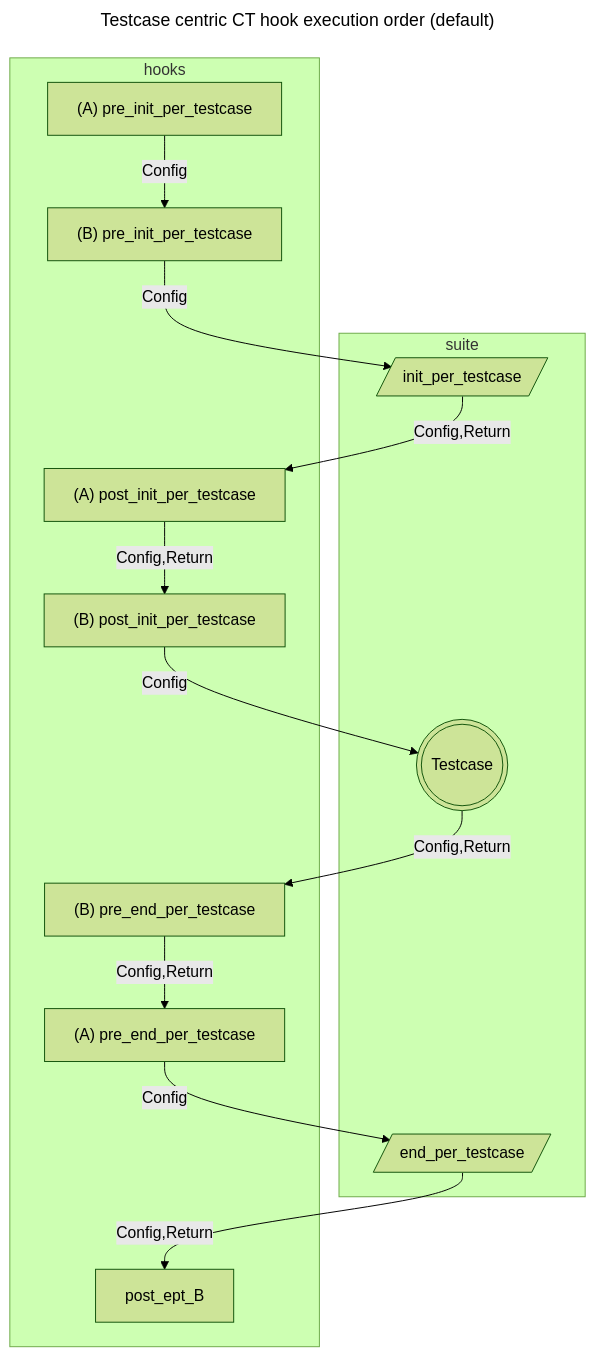
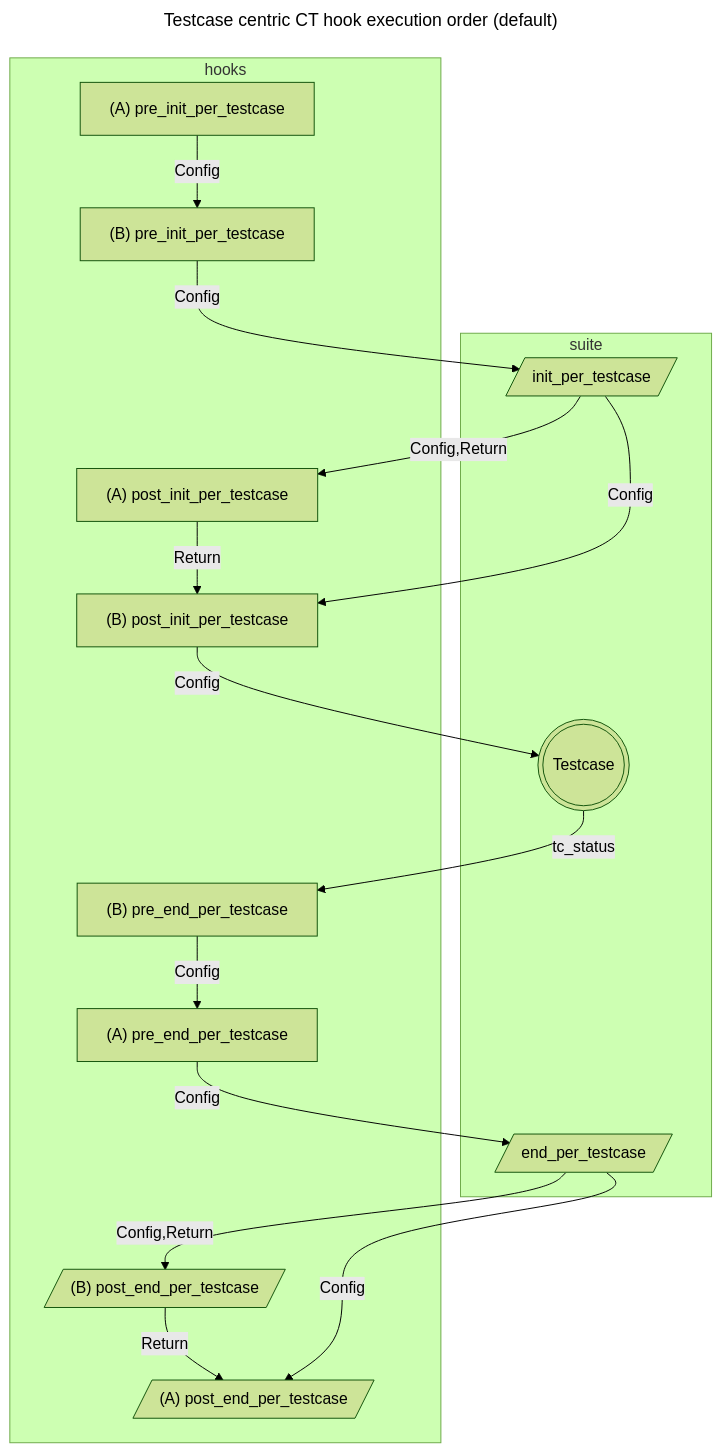
The second of 7 diagrams in lib/common_test/internal_doc/ct_notes.md (erlang/otp), drawn with Mermaid (forest theme) before and after one commit. The commit also changed 9 other files, not shown here.

````diff
--- a/lib/common_test/internal_doc/ct_notes.md
+++ b/lib/common_test/internal_doc/ct_notes.md
@@ -31,30 +31,33 @@
 ```mermaid
 ---
 title: Testcase centric CT hook execution order (default)
 ---
 flowchart TD
     subgraph hooks
     pre_ipt_A["(A) pre_init_per_testcase"] --Config--> pre_ipt_B
     end
     subgraph suite
     pre_ipt_B["(B) pre_init_per_testcase"] --Config--> ipt[/"init_per_testcase"/]
     end
     ipt --Config,Return--> post_ipt_A
+    ipt --Config--> post_ipt_B
     subgraph hooks
-    post_ipt_A["(A) post_init_per_testcase"] --Config,Return--> post_ipt_B
+    post_ipt_A["(A) post_init_per_testcase"] --Return--> post_ipt_B
     end
     subgraph suite
     post_ipt_B["(B) post_init_per_testcase"] --Config--> testcase
     testcase((("Testcase")))
     end
     subgraph hooks
-    testcase --Config,Return--> pre_ept_B
-    pre_ept_B["(B) pre_end_per_testcase"] --Config,Return--> pre_ept_A
+    testcase --tc_status--> pre_ept_B
+    pre_ept_B["(B) pre_end_per_testcase"] --Config--> pre_ept_A
     end
     subgraph suite
     pre_ept_A["(A) pre_end_per_testcase"] --Config--> end_per_test_case
     end
     subgraph hooks
     end_per_test_case[/"end_per_testcase"/] --Config,Return--> post_ept_B
+    post_ept_B[/"(B) post_end_per_testcase"/] --Return--> post_ept_A[/"(A) post_end_per_testcase"/]
+    end_per_test_case --Config--> post_ept_A
     end
 ```
````
